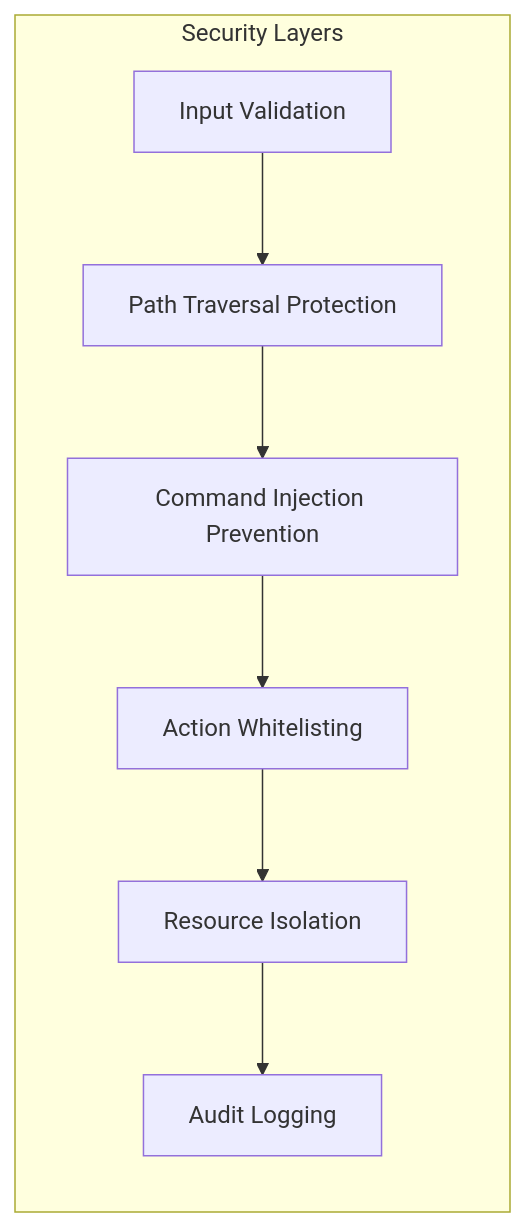
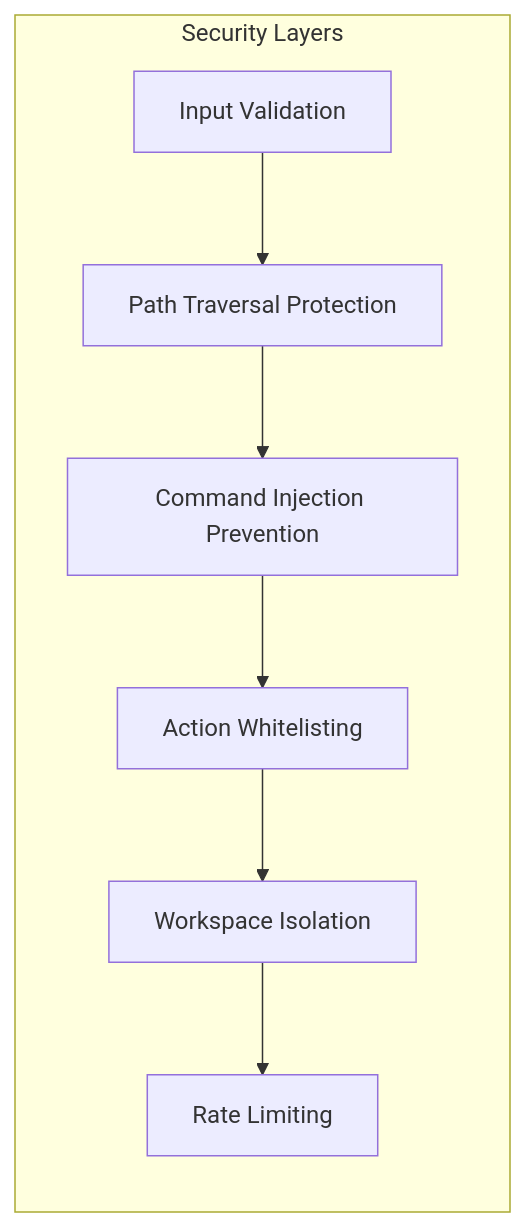
Before and after one commit to aj-geddes/terry-form-mcp: the third of 7 diagrams in docs/_architecture/overview.md, drawn with Mermaid. The commit also changed other lines of this file and 80 other files, not shown here.

````diff
--- a/docs/_architecture/overview.md
+++ b/docs/_architecture/overview.md
@@ -110,17 +96,17 @@
 ```mermaid
 graph LR
     subgraph "Security Layers"
         A[Input Validation]
         B[Path Traversal Protection]
         C[Command Injection Prevention]
         D[Action Whitelisting]
-        E[Resource Isolation]
-        F[Audit Logging]
+        E[Workspace Isolation]
+        F[Rate Limiting]
     end
-    
+
     A --> B
     B --> C
     C --> D
     D --> E
     E --> F
 ```
````
